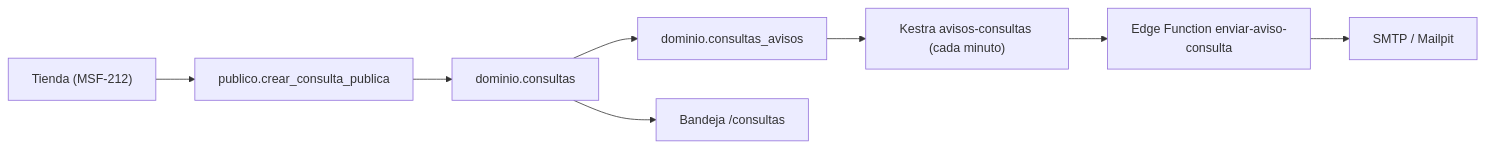
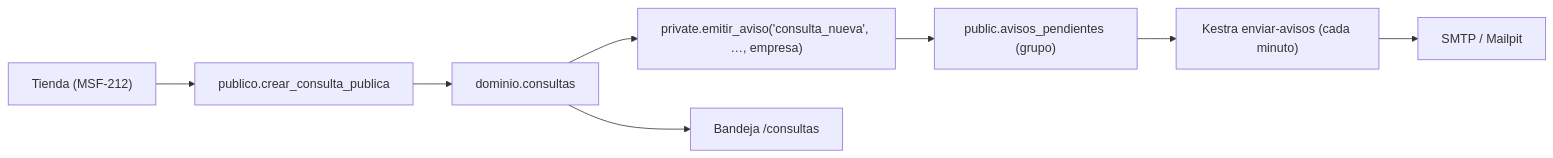
One commit to nicolasjones/multistorefront-meli changed the fourth of 9 diagrams in docs/tecnico/flujos.md. Above: the diagram before and after it, drawn with Mermaid. The commit also changed other lines of this file and 14 other files, not shown here.

````diff
--- a/docs/tecnico/flujos.md
+++ b/docs/tecnico/flujos.md
@@ -71,10 +71,10 @@
 ```mermaid
 flowchart LR
   T["Tienda (MSF-212)"] --> RPC["publico.crear_consulta_publica"]
   RPC --> C["dominio.consultas"]
-  C --> A["dominio.consultas_avisos"]
-  A --> K["Kestra avisos-consultas (cada minuto)"]
-  K --> F["Edge Function enviar-aviso-consulta"]
-  F --> M["SMTP / Mailpit"]
+  C --> E["private.emitir_aviso('consulta_nueva', …, empresa)"]
+  E --> Q["public.avisos_pendientes (grupo)"]
+  Q --> K["Kestra enviar-avisos (cada minuto)"]
+  K --> M["SMTP / Mailpit"]
   C --> P["Bandeja /consultas"]
 ```
````
